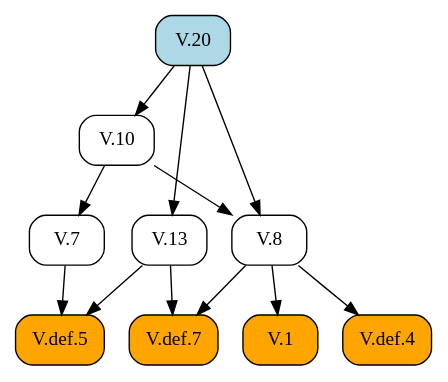
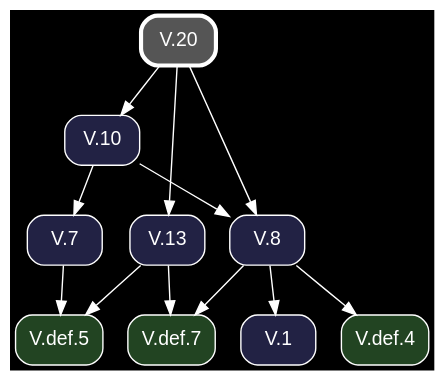
The diagram in docsrc/heath/V/20/index.rst (geometor/elements), drawn with Graphviz before and after one commit. The commit also changed other lines of this file and 1200 other files, not shown here.

Commit message:
update dependency graphs

```diff
--- a/docsrc/heath/V/20/index.rst
+++ b/docsrc/heath/V/20/index.rst
@@ -50,26 +50,28 @@
 .. graphviz::
 
    digraph {
+     bgcolor="black";
+     node [shape=box, style="rounded,filled", fontname="Helvetica", color="white", fontcolor="white"];
+     edge [color="white", fontcolor="white"];
      rankdir="TB";
-     node [shape=box, style=rounded];
-     "V.10" [URL="/heath/V/10/", target="_top"];
-     "V.def.7" [style="rounded,filled", fillcolor=orange, URL="/heath/V/def.7/", target="_top"];
-     "V.1" [style="rounded,filled", fillcolor=orange, URL="/heath/V/1/", target="_top"];
-     "V.13" [URL="/heath/V/13/", target="_top"];
-     "V.20" [style="rounded,filled", fillcolor=lightblue, URL="/heath/V/20/", target="_top"];
-     "V.7" [URL="/heath/V/7/", target="_top"];
-     "V.def.5" [style="rounded,filled", fillcolor=orange, URL="/heath/V/def.5/", target="_top"];
-     "V.def.4" [style="rounded,filled", fillcolor=orange, URL="/heath/V/def.4/", target="_top"];
-     "V.8" [URL="/heath/V/8/", target="_top"];
-     "V.20" -> "V.10";
+     "V.def.5" [fillcolor="#224422", URL="/heath/V/def.5/", target="_top"];
+     "V.1" [fillcolor="#222244", URL="/heath/V/1/", target="_top"];
+     "V.def.7" [fillcolor="#224422", URL="/heath/V/def.7/", target="_top"];
+     "V.def.4" [fillcolor="#224422", URL="/heath/V/def.4/", target="_top"];
+     "V.20" [penwidth=3, color="white", fillcolor="#555555", URL="/heath/V/20/", target="_top"];
+     "V.13" [fillcolor="#222244", URL="/heath/V/13/", target="_top"];
+     "V.8" [fillcolor="#222244", URL="/heath/V/8/", target="_top"];
+     "V.7" [fillcolor="#222244", URL="/heath/V/7/", target="_top"];
+     "V.10" [fillcolor="#222244", URL="/heath/V/10/", target="_top"];
+     "V.7" -> "V.def.5";
+     "V.13" -> "V.def.5";
+     "V.8" -> "V.1";
      "V.8" -> "V.def.7";
      "V.13" -> "V.def.7";
-     "V.8" -> "V.1";
+     "V.8" -> "V.def.4";
      "V.20" -> "V.13";
-     "V.10" -> "V.7";
-     "V.7" -> "V.def.5";
-     "V.13" -> "V.def.5";
-     "V.8" -> "V.def.4";
      "V.10" -> "V.8";
      "V.20" -> "V.8";
+     "V.10" -> "V.7";
+     "V.20" -> "V.10";
    }
```
